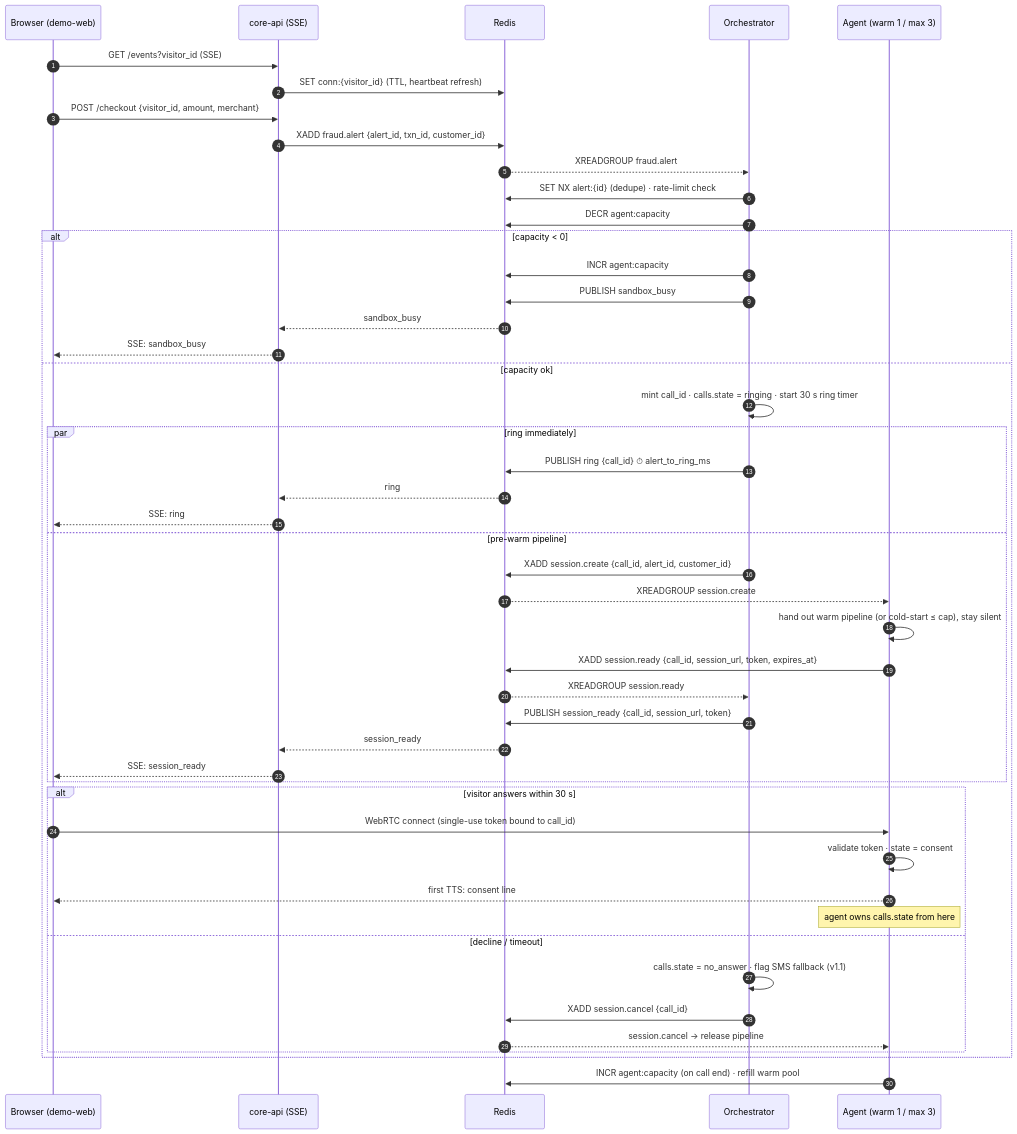
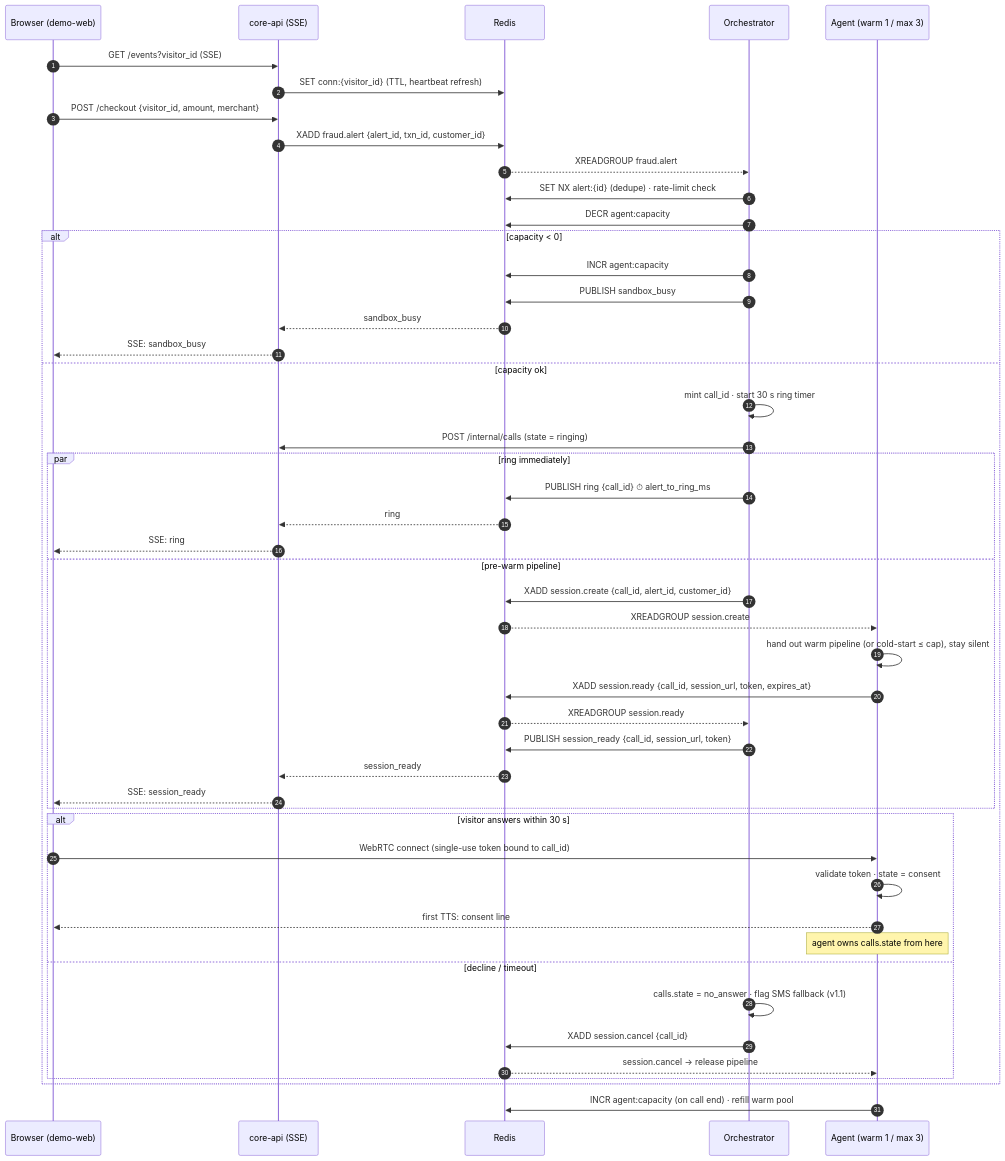
The diagram in docs/02_handshake.mermaid (yaksh1/Sentinel-Voice-AI-Fraud-Detection), drawn with Mermaid before and after one commit. The commit also changed 4 other files, not shown here.

First line of the commit message:
docs: calls row is written through core-api, not directly

```diff
--- a/docs/02_handshake.mermaid
+++ b/docs/02_handshake.mermaid
@@ -1,48 +1,49 @@
 sequenceDiagram
     autonumber
     participant B as Browser (demo-web)
     participant API as core-api (SSE)
     participant R as Redis
     participant O as Orchestrator
     participant A as Agent (warm 1 / max 3)
 
     B->>API: GET /events?visitor_id (SSE)
     API->>R: SET conn:{visitor_id} (TTL, heartbeat refresh)
     B->>API: POST /checkout {visitor_id, amount, merchant}
     API->>R: XADD fraud.alert {alert_id, txn_id, customer_id}
     R-->>O: XREADGROUP fraud.alert
     O->>R: SET NX alert:{id} (dedupe) · rate-limit check
     O->>R: DECR agent:capacity
     alt capacity < 0
         O->>R: INCR agent:capacity
         O->>R: PUBLISH sandbox_busy
         R-->>API: sandbox_busy
         API-->>B: SSE: sandbox_busy
     else capacity ok
-        O->>O: mint call_id · calls.state = ringing · start 30 s ring timer
+        O->>O: mint call_id · start 30 s ring timer
+        O->>API: POST /internal/calls (state = ringing)
         par ring immediately
             O->>R: PUBLISH ring {call_id}  ⏱ alert_to_ring_ms
             R-->>API: ring
             API-->>B: SSE: ring
         and pre-warm pipeline
             O->>R: XADD session.create {call_id, alert_id, customer_id}
             R-->>A: XREADGROUP session.create
             A->>A: hand out warm pipeline (or cold-start ≤ cap), stay silent
             A->>R: XADD session.ready {call_id, session_url, token, expires_at}
             R-->>O: XREADGROUP session.ready
             O->>R: PUBLISH session_ready {call_id, session_url, token}
             R-->>API: session_ready
             API-->>B: SSE: session_ready
         end
         alt visitor answers within 30 s
             B->>A: WebRTC connect (single-use token bound to call_id)
             A->>A: validate token · state = consent
             A-->>B: first TTS: consent line
             Note over A: agent owns calls.state from here
         else decline / timeout
             O->>O: calls.state = no_answer · flag SMS fallback (v1.1)
             O->>R: XADD session.cancel {call_id}
             R-->>A: session.cancel → release pipeline
         end
     end
     A->>R: INCR agent:capacity (on call end) · refill warm pool
```
